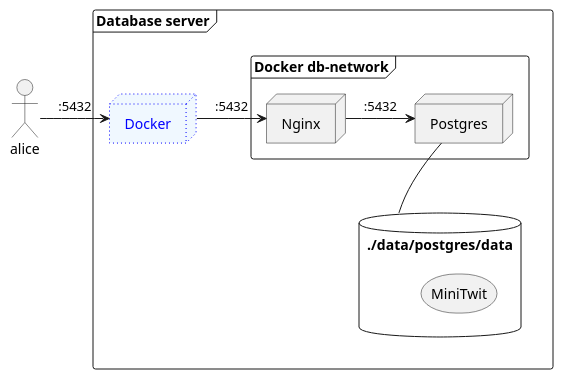
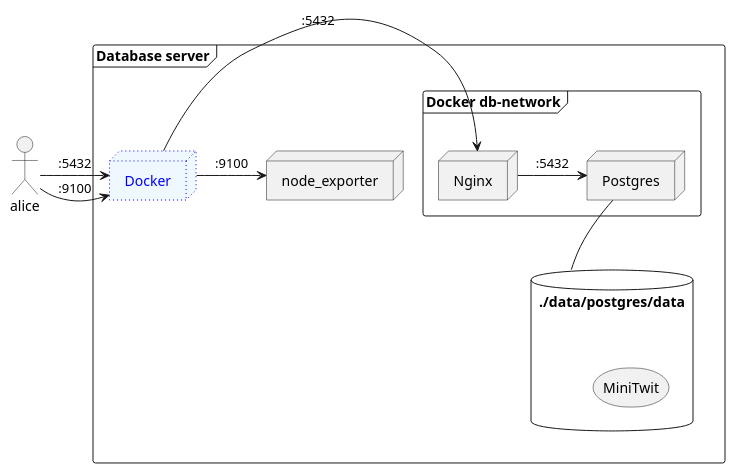
The diagram in Diagrams/DatabaseServer/deployment.iuml (DevelOpsITU/ServerDeployment), drawn with PlantUML before and after one commit. The commit also changed 13 other files, not shown here.

First line of the commit message:
Add node_exporter and more diagrams

```diff
--- a/Diagrams/DatabaseServer/deployment.iuml
+++ b/Diagrams/DatabaseServer/deployment.iuml
@@ -1,25 +1,26 @@
 @startuml deployment
 actor alice as a
 frame "Database server" {
 
   node  Docker #aliceblue;line:blue;line.dotted;text:blue
-
+  node node_exporter
       database ./data/postgres/data as db {
       storage MiniTwit
     }
 
   frame "Docker db-network" as dockernet  {
     node Nginx
     node Postgres
-
-}
+  }
 
 
 
 a -> Docker : ":5432"
+a -> Docker : ":9100"
 Docker-> Nginx : ":5432"
+Docker-> node_exporter : ":9100"
 Nginx -> Postgres : ":5432"
 Postgres -- db
 
 }
 @enduml
```
